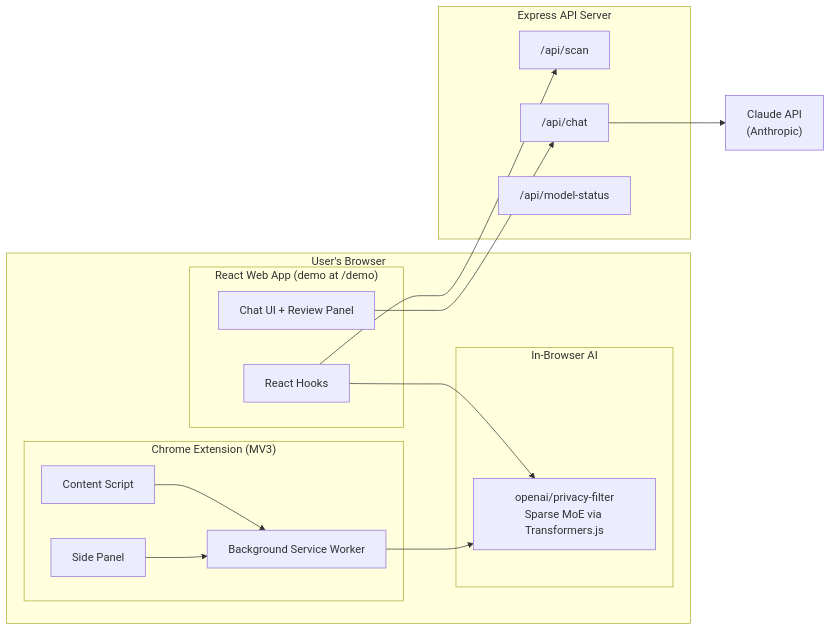
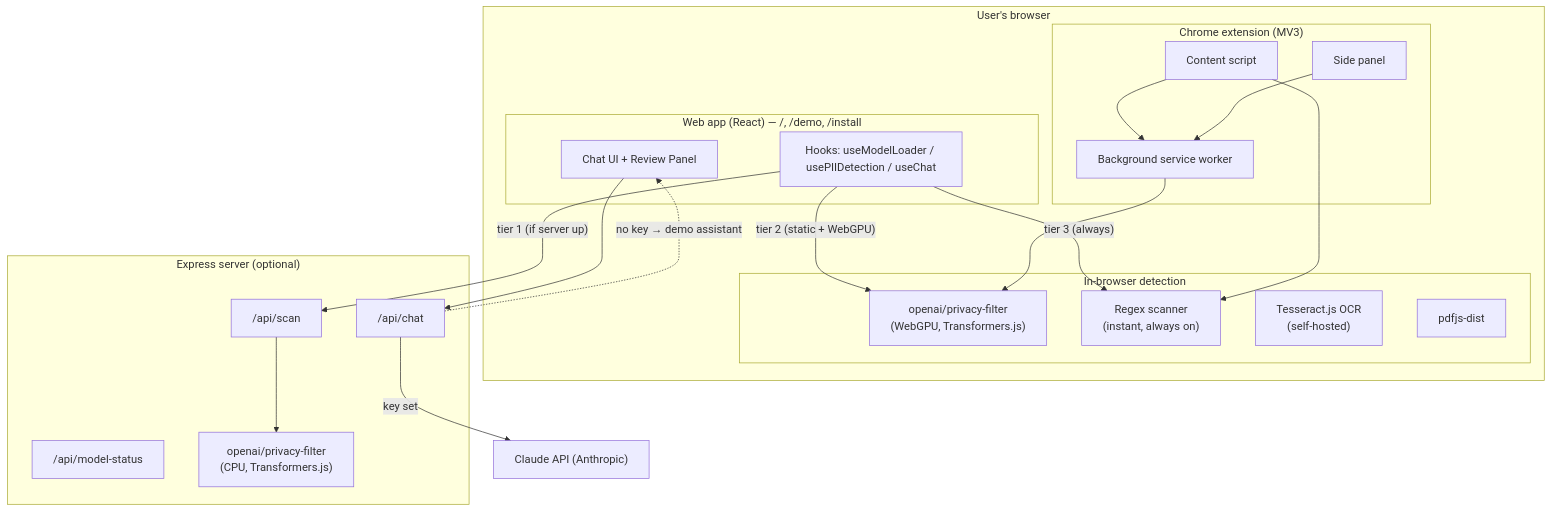
The first of 4 diagrams in docs/ARCHITECTURE.md (shitijkarsolia/privacylens), drawn with Mermaid before and after one commit. The commit also changed other lines of this file and 5 other files, not shown here.

````diff
--- a/docs/ARCHITECTURE.md
+++ b/docs/ARCHITECTURE.md
@@ -7,33 +23,41 @@
 ```mermaid
-graph LR
-  subgraph Browser["User's Browser"]
-    subgraph WebApp["React Web App (demo at /demo)"]
+graph TD
+  subgraph Browser["User's browser"]
+    subgraph WebApp["Web app (React)  —  /, /demo, /install"]
       UI[Chat UI + Review Panel]
-      Hooks[React Hooks]
+      Hooks[Hooks: useModelLoader / usePIIDetection / useChat]
     end
-    subgraph Extension["Chrome Extension (MV3)"]
-      CS[Content Script]
-      BG[Background Service Worker]
-      SP[Side Panel]
+    subgraph Extension["Chrome extension (MV3)"]
+      CS[Content script]
+      BG[Background service worker]
+      SP[Side panel]
     end
-    subgraph LocalAI["In-Browser AI"]
-      Model["openai/privacy-filter<br/>Sparse MoE via Transformers.js"]
+    subgraph Local["In-browser detection"]
+      BrowserModel["openai/privacy-filter<br/>(WebGPU, Transformers.js)"]
+      Regex["Regex scanner<br/>(instant, always on)"]
+      OCR["Tesseract.js OCR<br/>(self-hosted)"]
+      PDFp["pdfjs-dist"]
     end
   end
 
-  subgraph Server["Express API Server"]
+  subgraph Server["Express server (optional)"]
     Scan["/api/scan"]
+    Status["/api/model-status"]
     Chat["/api/chat"]
-    Status["/api/model-status"]
+    ServerModel["openai/privacy-filter<br/>(CPU, Transformers.js)"]
   end
 
-  Claude["Claude API<br/>(Anthropic)"]
+  Claude["Claude API (Anthropic)"]
 
-  Hooks --> Model
-  BG --> Model
+  Hooks -->|"tier 1 (if server up)"| Scan
+  Hooks -->|"tier 2 (static + WebGPU)"| BrowserModel
+  Hooks -->|"tier 3 (always)"| Regex
+  Scan --> ServerModel
   UI --> Chat
-  Chat --> Claude
-  Hooks --> Scan
+  Chat -->|"key set"| Claude
+  Chat -.->|"no key → demo assistant"| UI
+  CS --> Regex
+  BG --> BrowserModel
   CS --> BG
   SP --> BG
 ```
````
